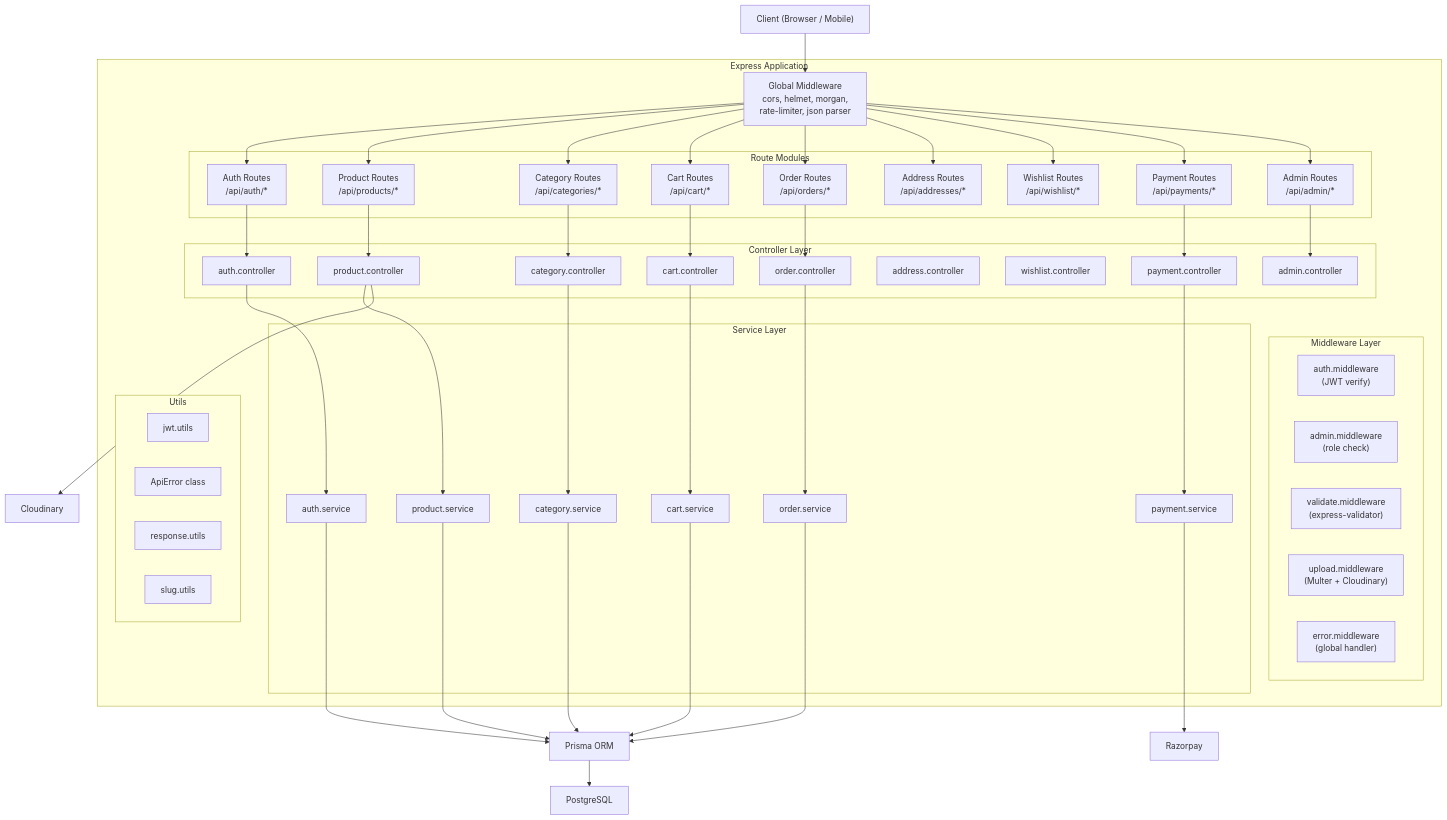
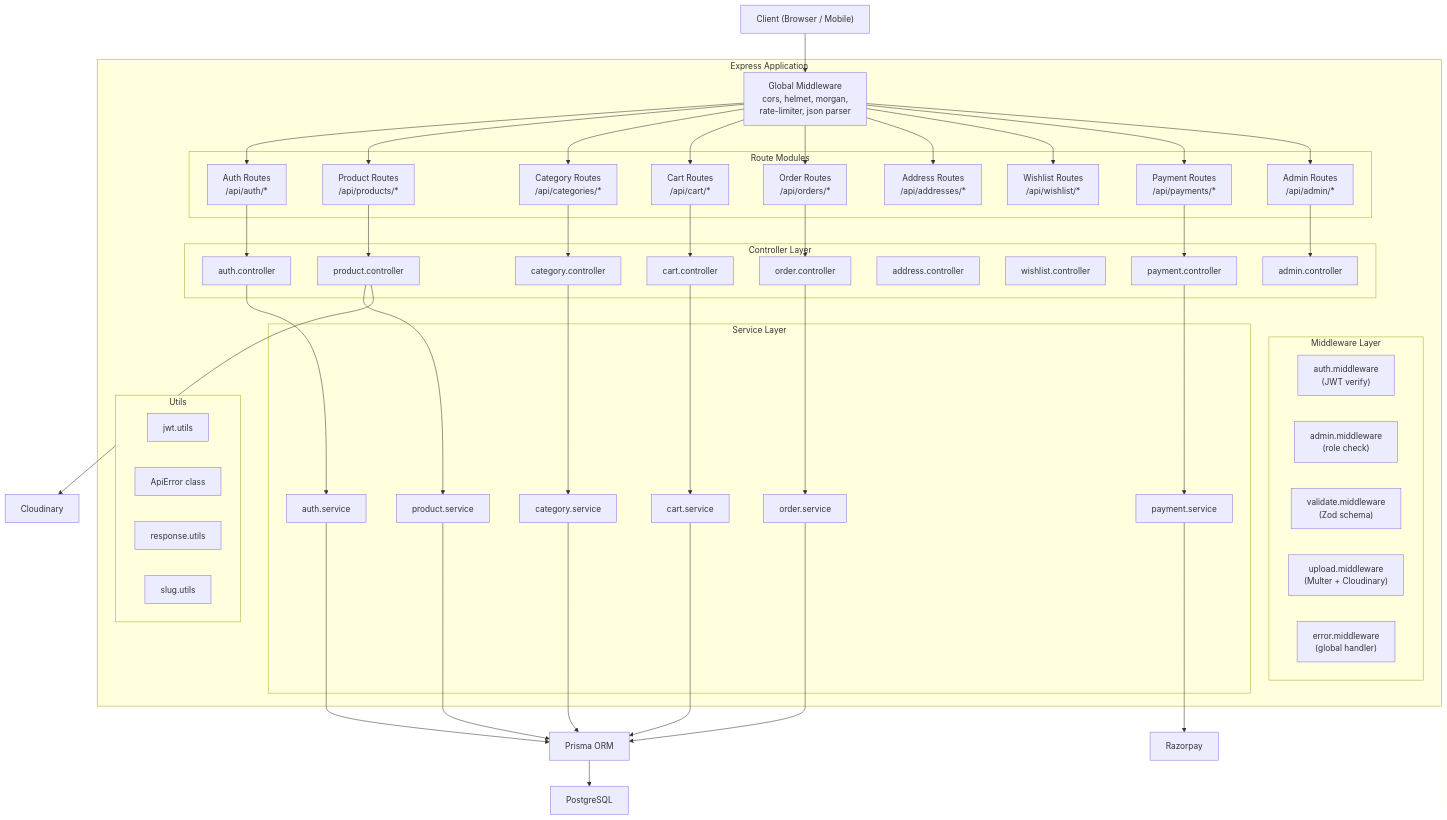
The first of 2 diagrams in Docs/ecommerce_backend_plan.md (Raghavendra0348/E_commerce), drawn with Mermaid before and after one commit. The commit also changed other lines of this file and 13 other files, not shown here.

Commit message:
feat: implement authentication module with Zod validation and migrate user phone schema

````diff
--- a/Docs/ecommerce_backend_plan.md
+++ b/Docs/ecommerce_backend_plan.md
@@ -52,74 +52,74 @@
 ```mermaid
 graph TB
     Client["Client (Browser / Mobile)"]
   
     subgraph "Express Application"
         MW["Global Middleware<br/>cors, helmet, morgan,<br/>rate-limiter, json parser"]
-      
+    
         subgraph "Route Modules"
             AR["Auth Routes<br/>/api/auth/*"]
             PR["Product Routes<br/>/api/products/*"]
             CR["Category Routes<br/>/api/categories/*"]
             CartR["Cart Routes<br/>/api/cart/*"]
             OR["Order Routes<br/>/api/orders/*"]
             AddrR["Address Routes<br/>/api/addresses/*"]
             WR["Wishlist Routes<br/>/api/wishlist/*"]
             PayR["Payment Routes<br/>/api/payments/*"]
             AdminR["Admin Routes<br/>/api/admin/*"]
         end
-      
+    
         subgraph "Middleware Layer"
             AuthMW["auth.middleware<br/>(JWT verify)"]
             AdminMW["admin.middleware<br/>(role check)"]
-            ValMW["validate.middleware<br/>(express-validator)"]
+            ValMW["validate.middleware<br/>(Zod schema)"]
             UploadMW["upload.middleware<br/>(Multer + Cloudinary)"]
             ErrMW["error.middleware<br/>(global handler)"]
         end
-      
+    
         subgraph "Controller Layer"
             AC["auth.controller"]
             PC["product.controller"]
             CC["category.controller"]
             CartC["cart.controller"]
             OC["order.controller"]
             AddrC["address.controller"]
             WC["wishlist.controller"]
             PayC["payment.controller"]
             AdminC["admin.controller"]
         end
-      
+    
         subgraph "Service Layer"
             AS["auth.service"]
             PS["product.service"]
             CS["category.service"]
             CartS["cart.service"]
             OS["order.service"]
             PayS["payment.service"]
         end
-      
+    
         subgraph "Utils"
             JWT["jwt.utils"]
             APIErr["ApiError class"]
             Resp["response.utils"]
             Slug["slug.utils"]
         end
     end
   
     Prisma["Prisma ORM"]
     PG["PostgreSQL"]
     Cloud["Cloudinary"]
     Razorpay["Razorpay"]
   
     Client --> MW --> AR & PR & CR & CartR & OR & AddrR & WR & PayR & AdminR
     AR --> AC --> AS
     PR --> PC --> PS
     CR --> CC --> CS
     CartR --> CartC --> CartS
     OR --> OC --> OS
     PayR --> PayC --> PayS
     AdminR --> AdminC
   
     AS & PS & CS & CartS & OS --> Prisma --> PG
     PayS --> Razorpay
     PC --> Cloud
 ```
````
